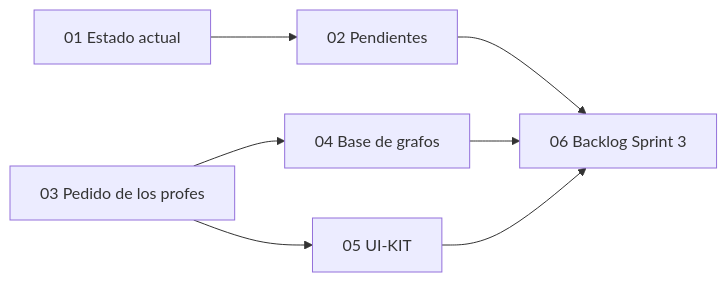
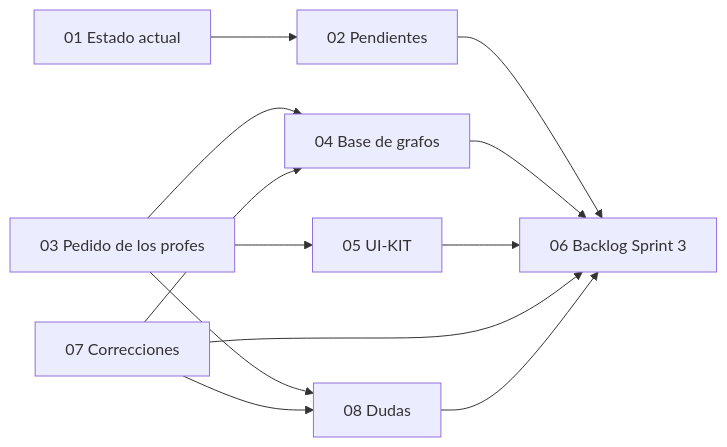
Before and after one commit to BenjaminPolzoni/tpi-g10-cerebro: the diagram in sprints/sprint-3/00-indice.md, drawn with Mermaid. The commit also changed other lines of this file and 5 other files, not shown here.

Commit message:
Sprint 3: integrar correcciones al backlog y sumar nota de dudas

````diff
--- a/sprints/sprint-3/00-indice.md
+++ b/sprints/sprint-3/00-indice.md
@@ -32,9 +33,14 @@
 ```mermaid
 flowchart LR
   A[01 Estado actual] --> B[02 Pendientes]
   B --> F[06 Backlog Sprint 3]
   C[03 Pedido de los profes] --> D[04 Base de grafos]
   C --> E[05 UI-KIT]
   D --> F
   E --> F
+  G[07 Correcciones] --> D
+  G --> F
+  C --> H[08 Dudas]
+  G --> H
+  H --> F
 ```
````
